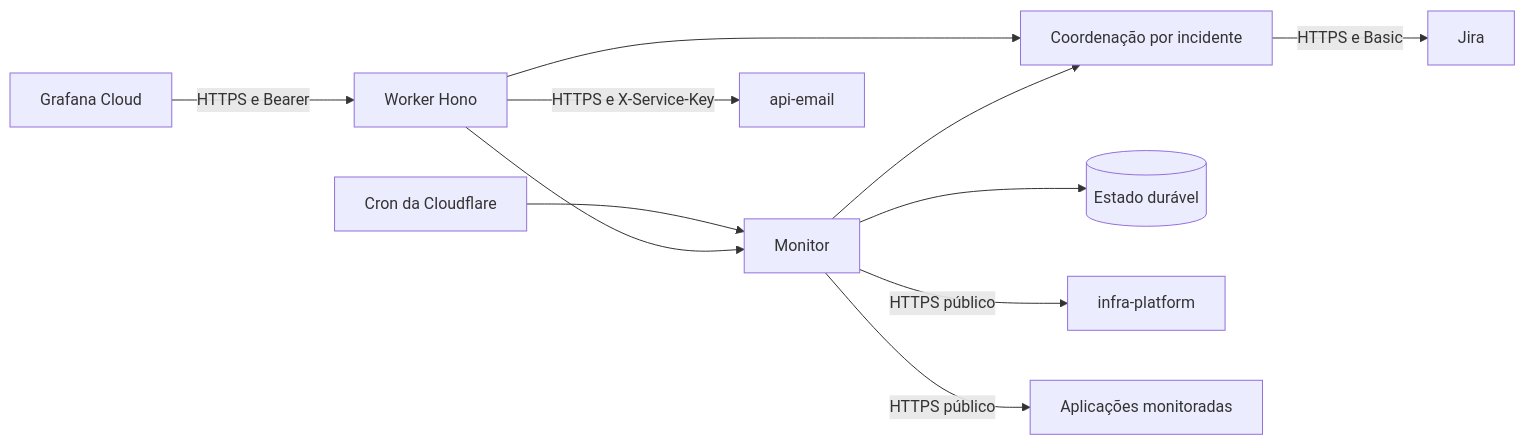
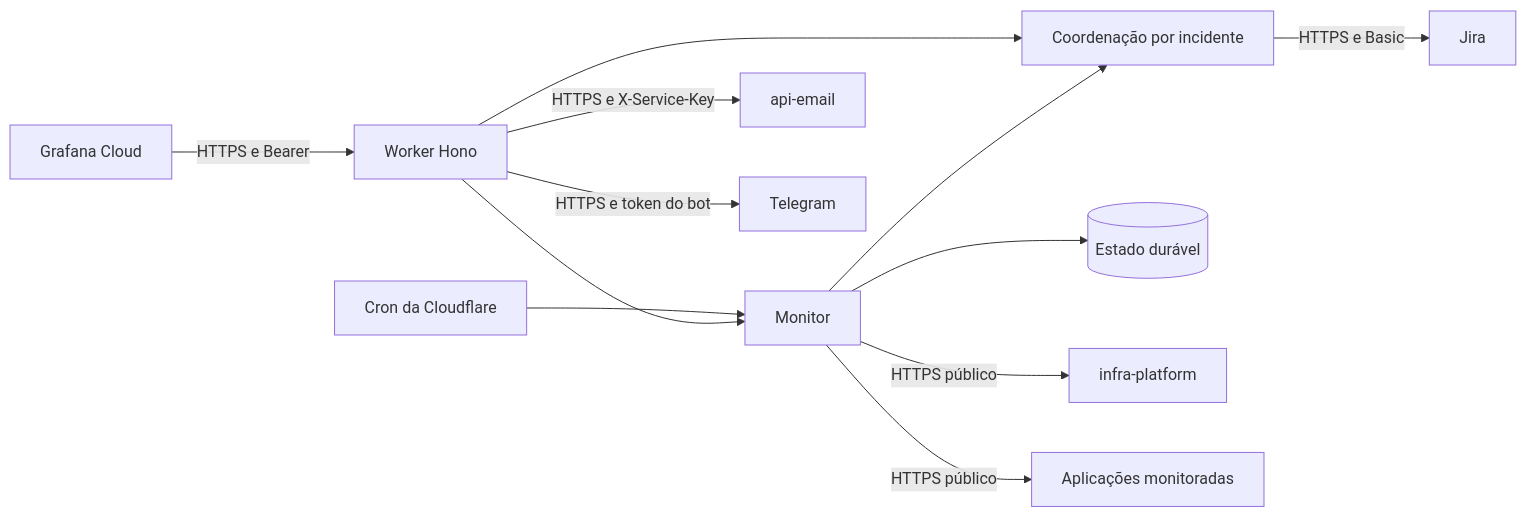
The diagram in readme/repositories/worker-alerts/docs/ARCHITECTURE.md (Solierrr/docs-warehouse), drawn with Mermaid before and after one commit. The commit also changed other lines of this file and 8 other files, not shown here.

````diff
--- a/readme/repositories/worker-alerts/docs/ARCHITECTURE.md
+++ b/readme/repositories/worker-alerts/docs/ARCHITECTURE.md
@@ -9,13 +9,14 @@
 ```mermaid
 flowchart LR
  G[Grafana Cloud] -->|HTTPS e Bearer| W[Worker Hono]
  C[Cron da Cloudflare] --> M[Monitor]
  W --> I[Coordenação por incidente]
  W --> M
  I -->|HTTPS e Basic| J[Jira]
  M --> I
  M --> S[(Estado durável)]
  M -->|HTTPS público| P[infra-platform]
  M -->|HTTPS público| A[Aplicações monitoradas]
  W -->|HTTPS e X-Service-Key| E[api-email]
+ W -->|HTTPS e token do bot| T[Telegram]
 ```
````
